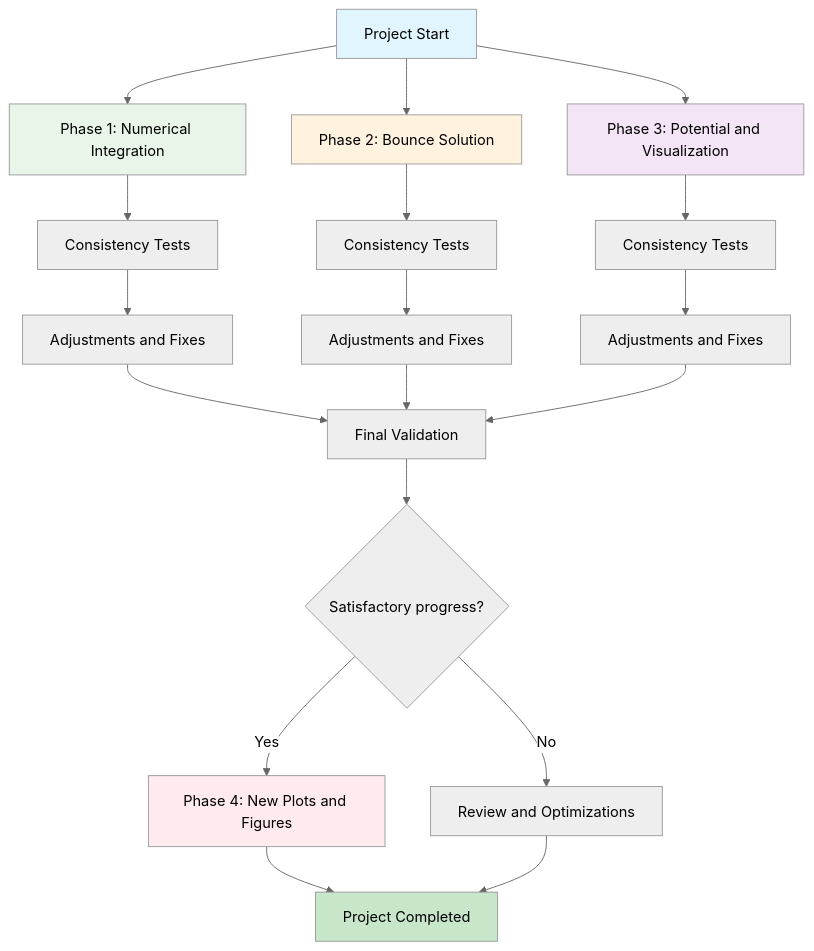
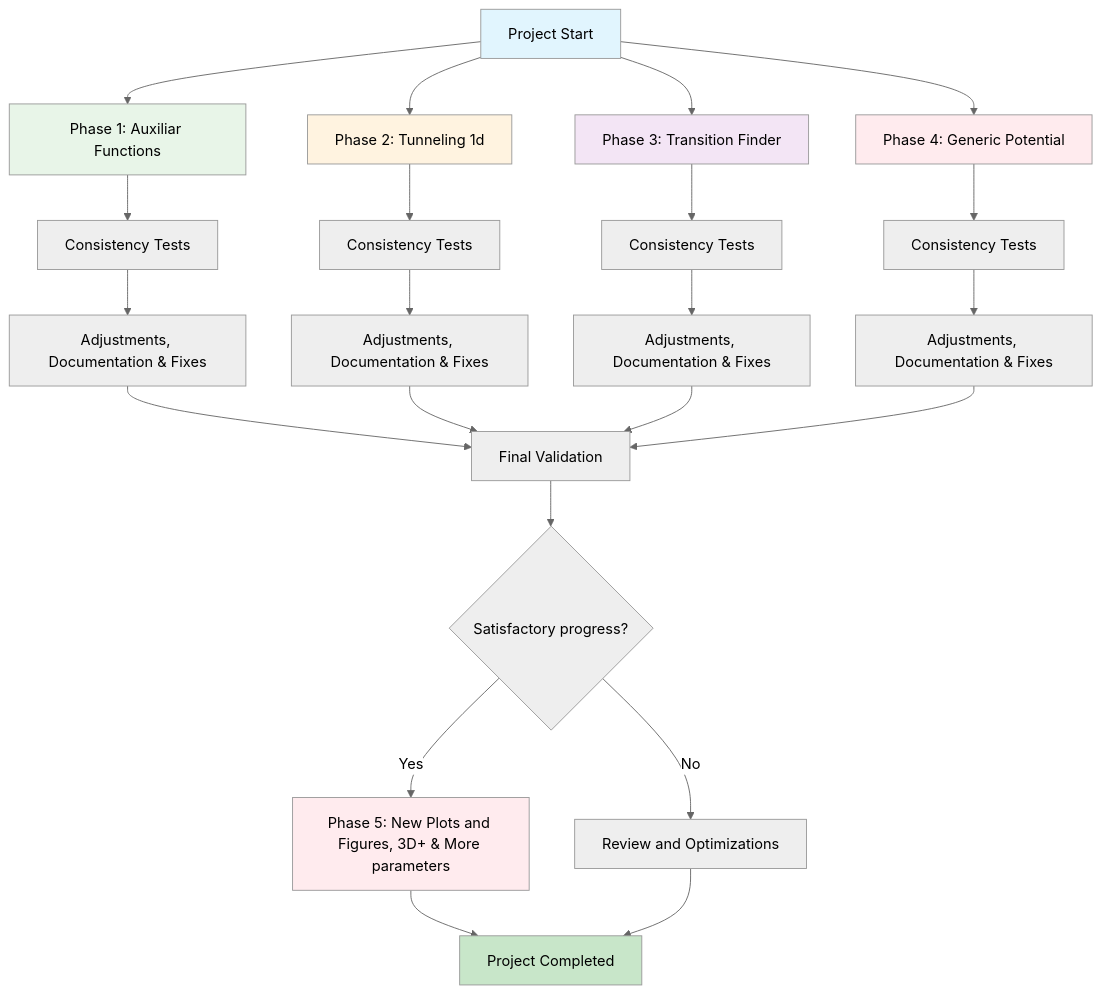
Before and after one commit to IgorStellet/GW_FOPT_Simulation: the second of 2 diagrams in docs/roadmap.md, drawn with Mermaid (neutral theme). The commit also changed other lines of this file and 1 other file, not shown here.

Commit message:
Improving README.md and roadmap.md before mark_3

````diff
--- a/docs/roadmap.md
+++ b/docs/roadmap.md
@@ -103,33 +98,38 @@
 ```mermaid
 graph TD
-    Start[Project Start] --> Phase1[Phase 1: Numerical Integration]
-    Start --> Phase2[Phase 2: Bounce Solution]
-    Start --> Phase3[Phase 3: Potential and Visualization]
+    Start[Project Start] --> Phase1[Phase 1: Auxiliar Functions]
+    Start --> Phase2[Phase 2: Tunneling 1d]
+    Start --> Phase3[Phase 3: Transition Finder]    
+    Start --> Phase4[Phase 4: Generic Potential]
     
     Phase1 --> Test1[Consistency Tests]
     Phase2 --> Test2[Consistency Tests]
     Phase3 --> Test3[Consistency Tests]
+    Phase4 --> Test4[Consistency Tests]
     
-    Test1 --> Adjust1[Adjustments and Fixes]
-    Test2 --> Adjust2[Adjustments and Fixes]
-    Test3 --> Adjust3[Adjustments and Fixes]
+    Test1 --> Adjust1[Adjustments, Documentation & Fixes]
+    Test2 --> Adjust2[Adjustments, Documentation & Fixes]
+    Test3 --> Adjust3[Adjustments, Documentation & Fixes]
+    Test4 --> Adjust4[Adjustments, Documentation & Fixes]
     
     Adjust1 --> FinalValidation[Final Validation]
     Adjust2 --> FinalValidation
     Adjust3 --> FinalValidation
+    Adjust4 --> FinalValidation
     
     FinalValidation --> Decision{Satisfactory progress?}
     
-    Decision -- Yes --> Phase4[Phase 4: New Plots and Figures]
+    Decision -- Yes --> Phase5[Phase 5: New Plots and Figures, 3D+ & More parameters]
     Decision -- No --> Review[Review and Optimizations]
     
-    Phase4 --> ProjectEnd[Project Completed]
+    Phase5 --> ProjectEnd[Project Completed]
     Review --> ProjectEnd
 
     style Start fill:#e1f5fe
     style Phase1 fill:#e8f5e8
     style Phase2 fill:#fff3e0
     style Phase3 fill:#f3e5f5
     style Phase4 fill:#ffebee
+    style Phase5 fill:#ffebee
     style ProjectEnd fill:#c8e6c9
 ```
````
